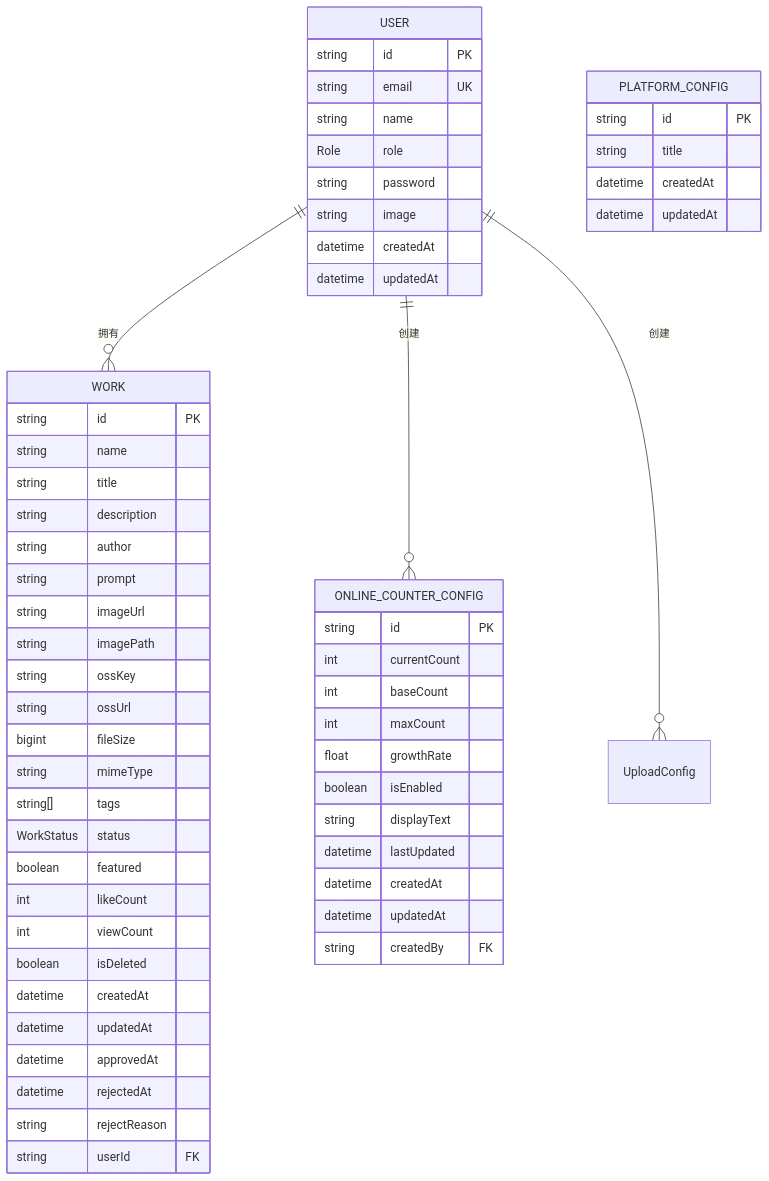
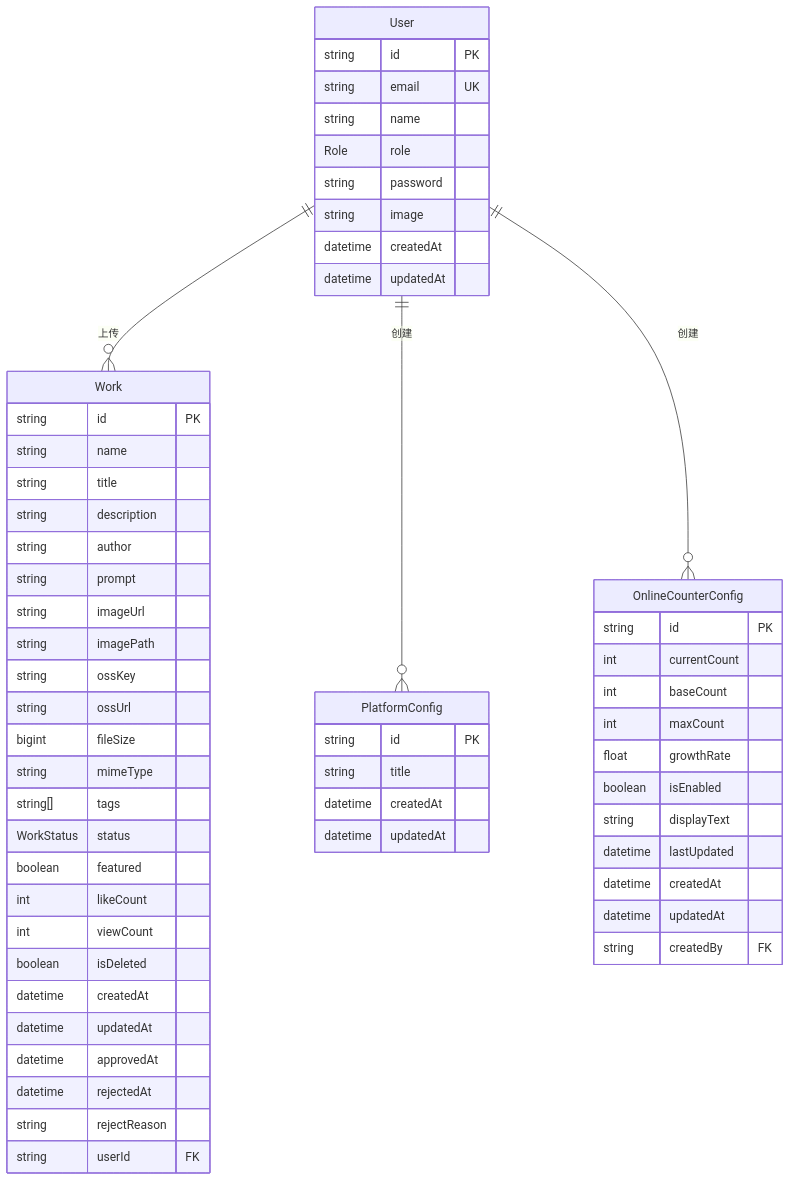
The first of 2 diagrams in .qoder/repowiki/zh/content/数据库设计/数据模型.md (Eyre921/yunqi), drawn with Mermaid before and after one commit. The commit also changed other lines of this file and 24 other files, not shown here.

````diff
--- a/.qoder/repowiki/zh/content/数据库设计/数据模型.md
+++ b/.qoder/repowiki/zh/content/数据库设计/数据模型.md
@@ -210,61 +31,61 @@
 ```mermaid
 erDiagram
-USER {
+User ||--o{ Work : "上传"
+User ||--o{ PlatformConfig : "创建"
+User ||--o{ OnlineCounterConfig : "创建"
+User {
 string id PK
 string email UK
 string name
 Role role
 string password
 string image
 datetime createdAt
 datetime updatedAt
 }
-WORK {
+Work {
 string id PK
 string name
 string title
 string description
 string author
 string prompt
 string imageUrl
 string imagePath
 string ossKey
 string ossUrl
 bigint fileSize
 string mimeType
 string[] tags
 WorkStatus status
 boolean featured
 int likeCount
 int viewCount
 boolean isDeleted
 datetime createdAt
 datetime updatedAt
 datetime approvedAt
 datetime rejectedAt
 string rejectReason
 string userId FK
 }
-PLATFORM_CONFIG {
+PlatformConfig {
 string id PK
 string title
 datetime createdAt
 datetime updatedAt
 }
-ONLINE_COUNTER_CONFIG {
+OnlineCounterConfig {
 string id PK
 int currentCount
 int baseCount
 int maxCount
 float growthRate
 boolean isEnabled
 string displayText
 datetime lastUpdated
 datetime createdAt
 datetime updatedAt
 string createdBy FK
 }
-USER ||--o{ WORK : "拥有"
-USER ||--o{ ONLINE_COUNTER_CONFIG : "创建"
-USER ||--o{ UploadConfig : "创建"
 ```
````
